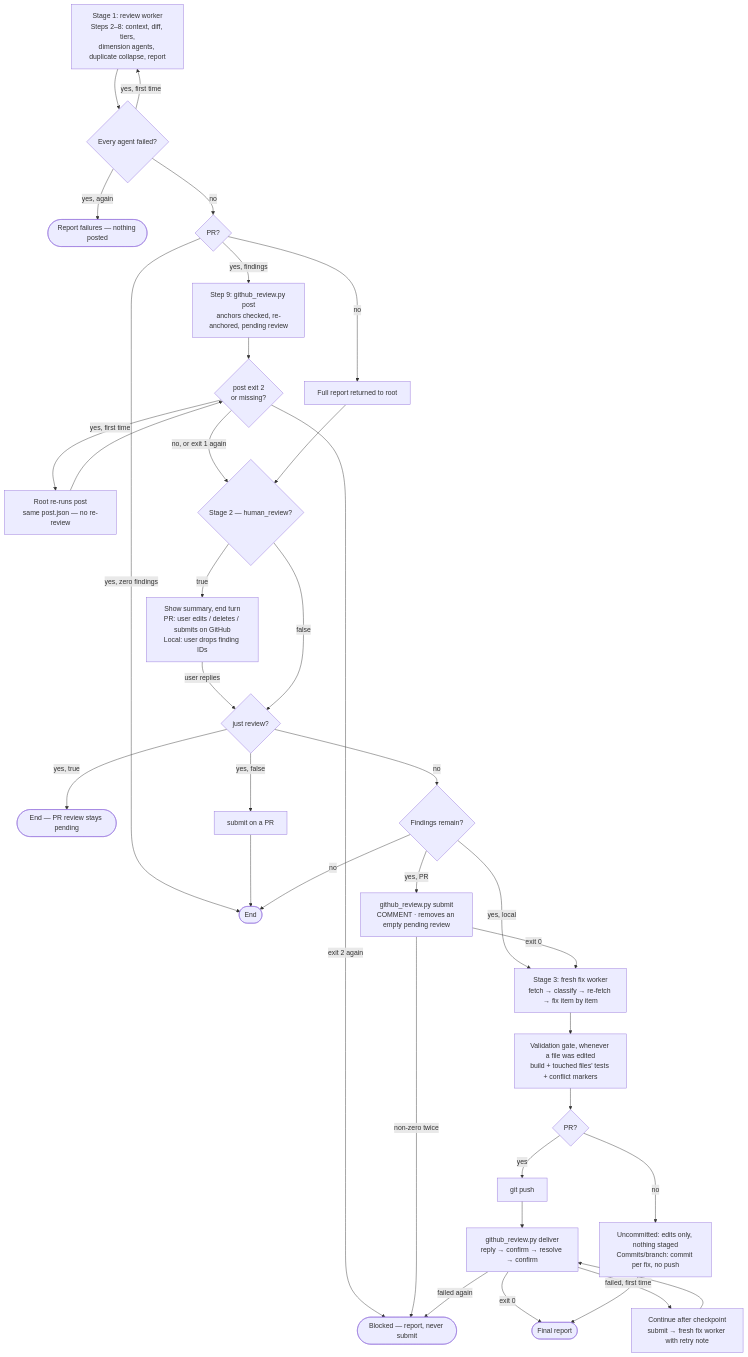
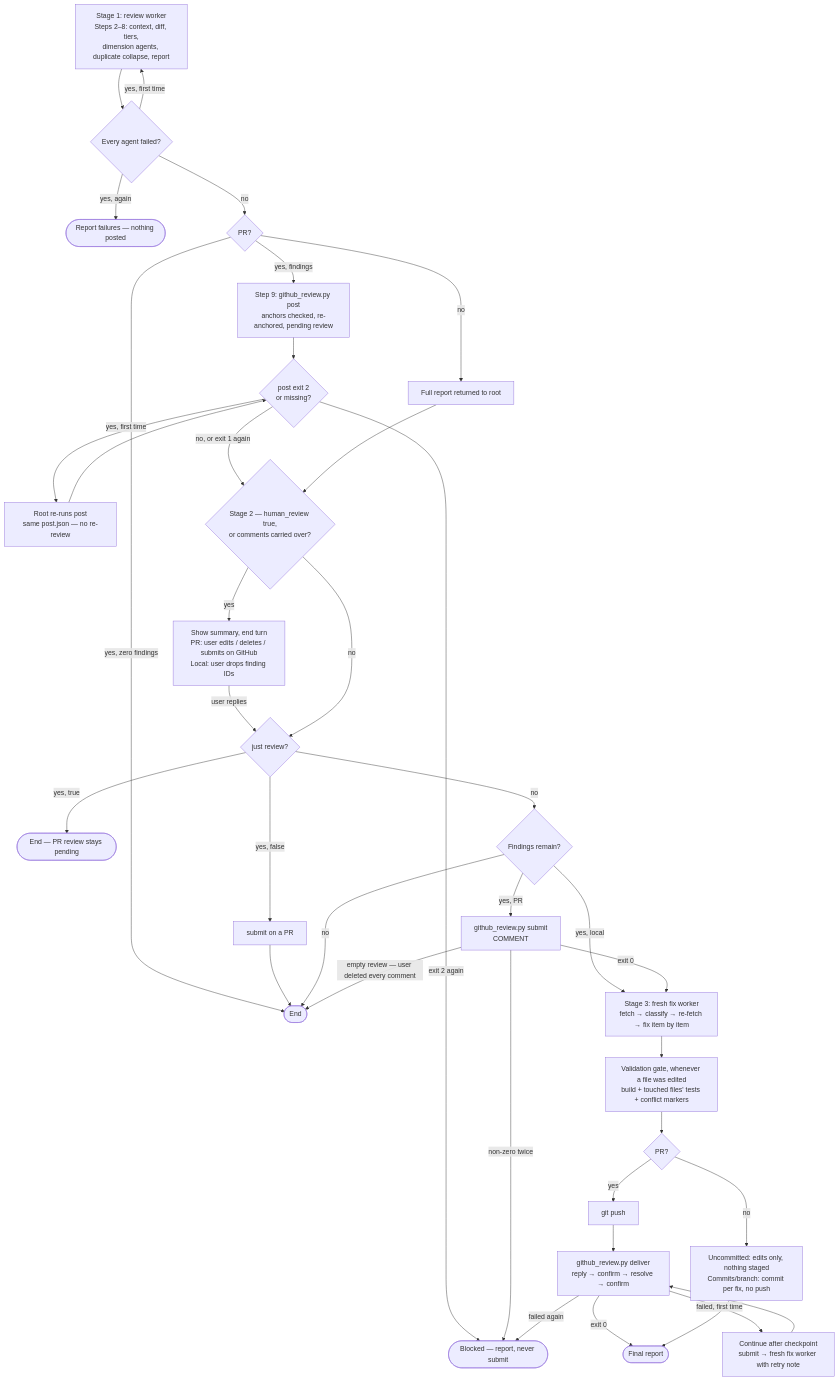
One commit to flaviosv/ai-coding-tooling changed the second of 3 diagrams in skills/code-review/WORKFLOW.md. Above: the diagram before and after it, drawn with Mermaid. The commit also changed other lines of this file and 11 other files, not shown here.

````diff
--- a/skills/code-review/WORKFLOW.md
+++ b/skills/code-review/WORKFLOW.md
@@ -34,37 +34,38 @@
 ```mermaid
 flowchart TD
     S1[Stage 1: review worker<br/>Steps 2–8: context, diff, tiers,<br/>dimension agents, duplicate collapse, report] --> Failed{Every agent failed?}
     Failed -- "yes, first time" --> S1
     Failed -- "yes, again" --> EndFail([Report failures — nothing posted])
     Failed -- no --> T{PR?}
     T -- "yes, findings" --> Post[Step 9: github_review.py post<br/>anchors checked, re-anchored, pending review]
     T -- "yes, zero findings" --> EndR
     T -- no --> Rep[Full report returned to root]
     Post --> PostOK{post exit 2<br/>or missing?}
     PostOK -- "yes, first time" --> Repost[Root re-runs post<br/>same post.json — no re-review] --> PostOK
     PostOK -- "exit 2 again" --> EndBlocked([Blocked — report, never submit])
-    PostOK -- "no, or exit 1 again" --> CP{Stage 2 — human_review?}
+    PostOK -- "no, or exit 1 again" --> CP{Stage 2 — human_review true,<br/>or comments carried over?}
     Rep --> CP
 
-    CP -- true --> Pause[Show summary, end turn<br/>PR: user edits / deletes / submits on GitHub<br/>Local: user drops finding IDs]
+    CP -- yes --> Pause[Show summary, end turn<br/>PR: user edits / deletes / submits on GitHub<br/>Local: user drops finding IDs]
     Pause -- "user replies" --> JR
-    CP -- false --> JR
+    CP -- no --> JR
 
     JR{just review?} -- "yes, true" --> EndPending([End — PR review stays pending])
     JR -- "yes, false" --> SubOnly[submit on a PR] --> EndR([End])
     JR -- no --> Remain{Findings remain?}
     Remain -- no --> EndR
-    Remain -- "yes, PR" --> Sub[github_review.py submit<br/>COMMENT · removes an empty pending review]
+    Remain -- "yes, PR" --> Sub[github_review.py submit<br/>COMMENT]
     Remain -- "yes, local" --> F
+    Sub -- "empty review — user deleted every comment" --> EndR
     Sub -- "exit 0" --> F[Stage 3: fresh fix worker<br/>fetch → classify → re-fetch → fix item by item]
     Sub -- "non-zero twice" --> EndBlocked
     F --> Gate[Validation gate, whenever a file was edited<br/>build + touched files' tests + conflict markers]
     Gate --> Where{PR?}
     Where -- yes --> Push[git push] --> Del[github_review.py deliver<br/>reply → confirm → resolve → confirm]
     Where -- no --> Loc[Uncommitted: edits only, nothing staged<br/>Commits/branch: commit per fix, no push]
     Del -- "exit 0" --> Final([Final report])
     Del -- "failed, first time" --> Cont[Continue after checkpoint<br/>submit → fresh fix worker with retry note]
     Cont --> Del
     Del -- "failed again" --> EndBlocked
     Loc --> Final
 ```
````
